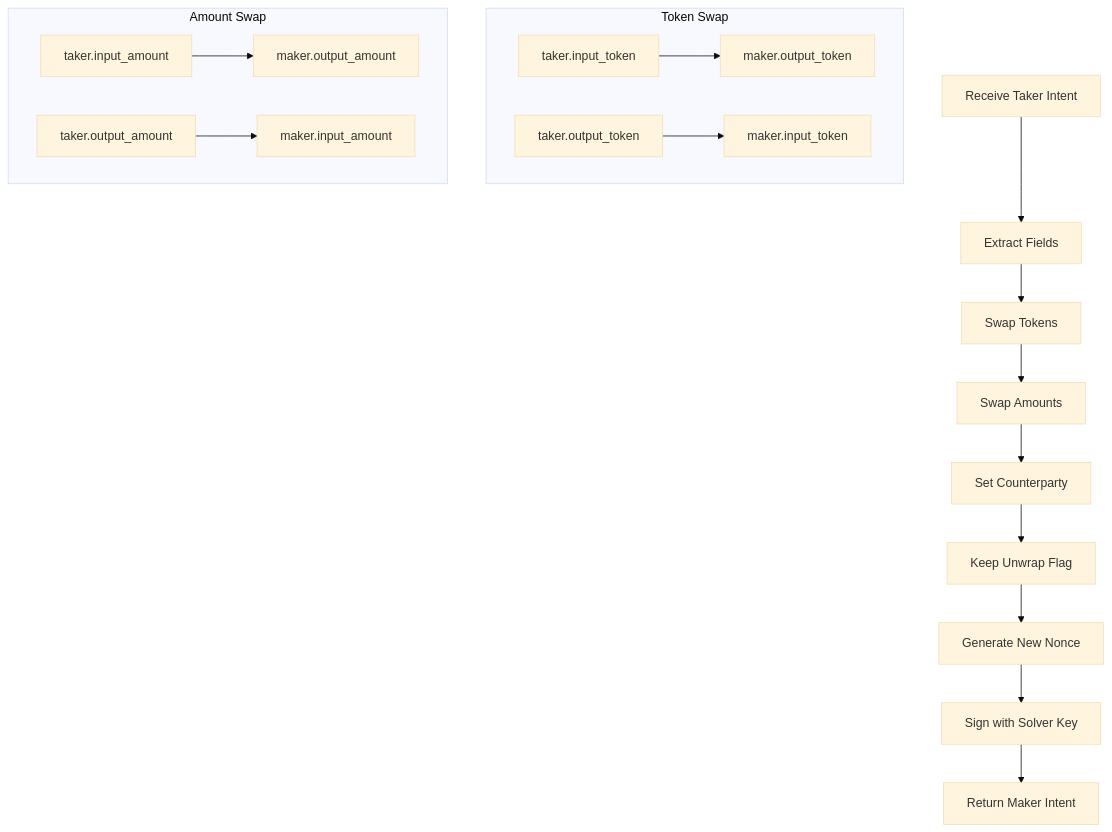
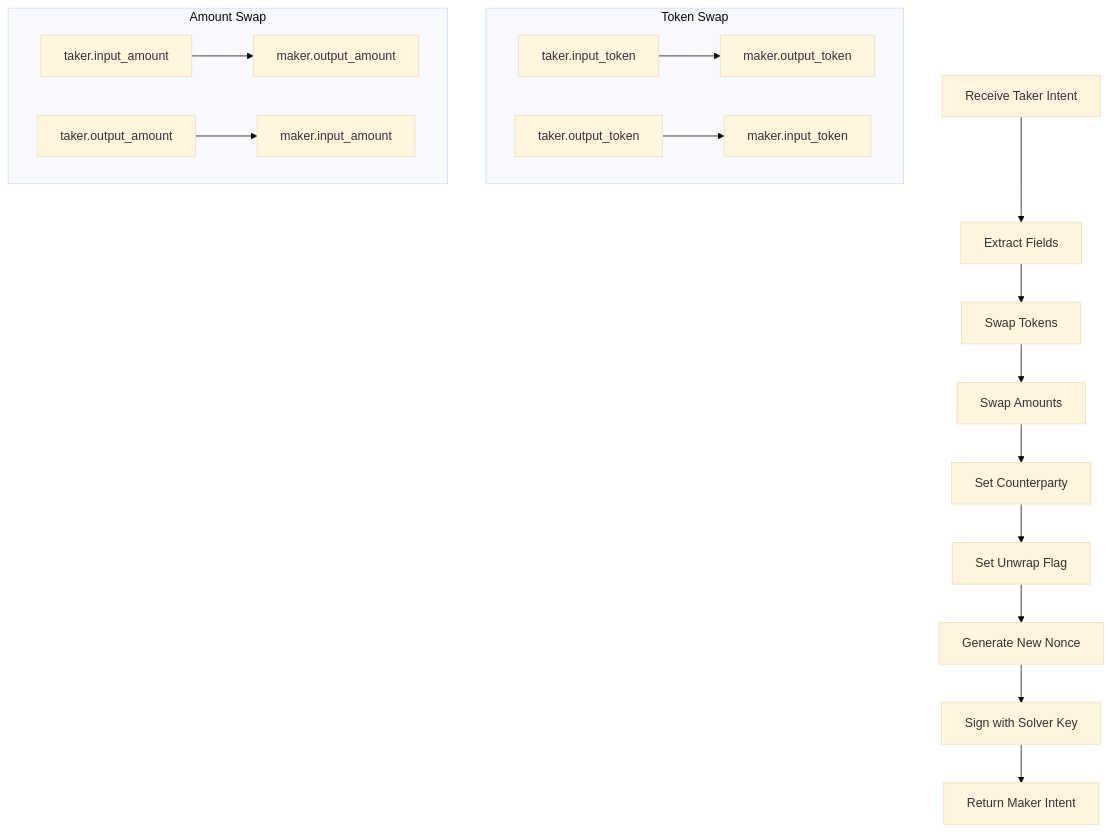
Before and after one commit to Miljan9602/docs: the diagram in concepts/architecture/intent-reversal.mdx, drawn with Mermaid (base theme). The commit also changed 16 other files, not shown here.

````diff
--- a/concepts/architecture/intent-reversal.mdx
+++ b/concepts/architecture/intent-reversal.mdx
@@ -92,21 +92,21 @@
 ```mermaid
 flowchart TD
     A[Receive Taker Intent] --> B[Extract Fields]
     B --> C[Swap Tokens]
     C --> D[Swap Amounts]
     D --> E[Set Counterparty]
-    E --> F[Keep Unwrap Flag]
+    E --> F[Set Unwrap Flag]
     F --> G[Generate New Nonce]
     G --> H[Sign with Solver Key]
     H --> I[Return Maker Intent]
 
     subgraph "Token Swap"
         C1[taker.input_token] --> C2[maker.output_token]
         C3[taker.output_token] --> C4[maker.input_token]
     end
 
     subgraph "Amount Swap"
         D1[taker.input_amount] --> D2[maker.output_amount]
         D3[taker.output_amount] --> D4[maker.input_amount]
     end
 ```
````
